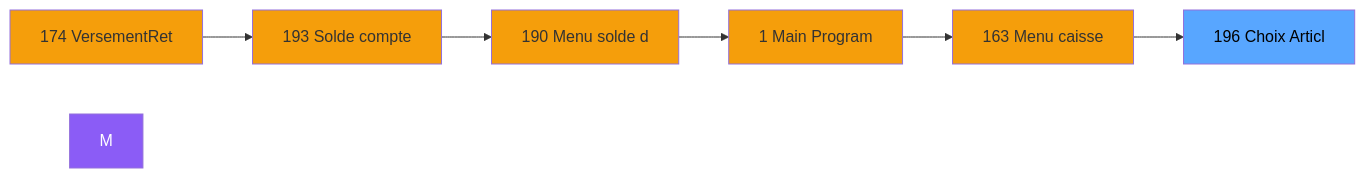
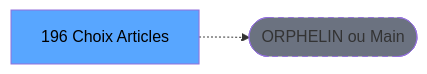
One commit to thonyAGP/lecteur-magic changed the second of 3 diagrams in .openspec/specs/ADH-IDE-196.md. Above: the diagram before and after it, drawn with Mermaid. The commit also changed other lines of this file and 701 other files, not shown here.

````diff
--- a/.openspec/specs/ADH-IDE-196.md
+++ b/.openspec/specs/ADH-IDE-196.md
@@ -112,21 +117,8 @@
 ```mermaid
 graph LR
-    N174[174 VersementRet]
-    N193[193 Solde compte]
-    N190[190 Menu solde d]
-    N1[1 Main Program]
-    N163[163 Menu caisse ]
-    T[196 Choix Articl]
-    N174 --> N193
-    N193 --> N190
-    N190 --> N1
-    N1 --> N163
-    N163 --> T
-    style M fill:#8b5cf6,color:#fff
-    style N174 fill:#f59e0b
-    style N193 fill:#f59e0b
-    style N190 fill:#f59e0b
-    style N1 fill:#f59e0b
-    style N163 fill:#f59e0b
+    T[196 Choix Articles ]
+    ORPHAN([ORPHELIN ou Main])
+    T -.-> ORPHAN
     style T fill:#58a6ff,color:#000
+    style ORPHAN fill:#6b7280,stroke-dasharray: 5 5
 ```
````
